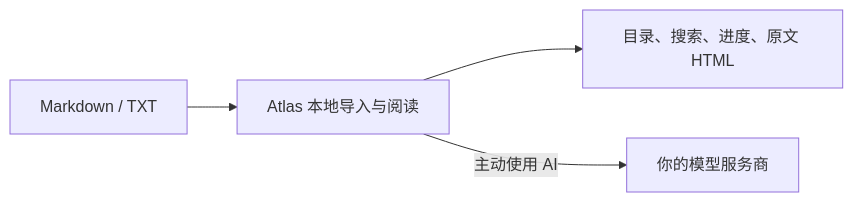
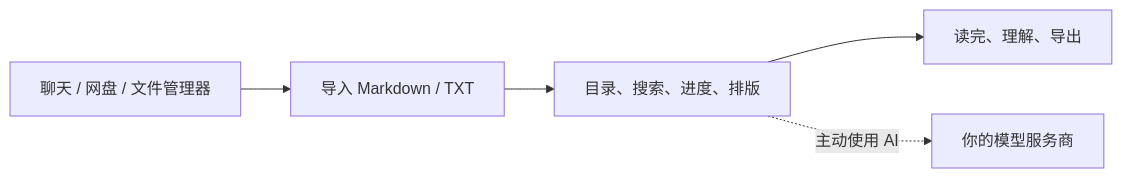
Before and after one commit to KlayPeter/Atlas: the diagram in README.md, drawn with Mermaid. The commit also changed other lines of this file, not shown here.

````diff
--- a/README.md
+++ b/README.md
@@ -40,6 +35,7 @@
 ```mermaid
 flowchart LR
-  A["Markdown / TXT"] --> B["Atlas 本地导入与阅读"]
-  B --> C["目录、搜索、进度、原文 HTML"]
-  B -->|"主动使用 AI"| D["你的模型服务商"]
+  A["聊天 / 网盘 / 文件管理器"] --> B["导入 Markdown / TXT"]
+  B --> C["目录、搜索、进度、排版"]
+  C --> D["读完、理解、导出"]
+  C -. "主动使用 AI" .-> E["你的模型服务商"]
 ```
````
